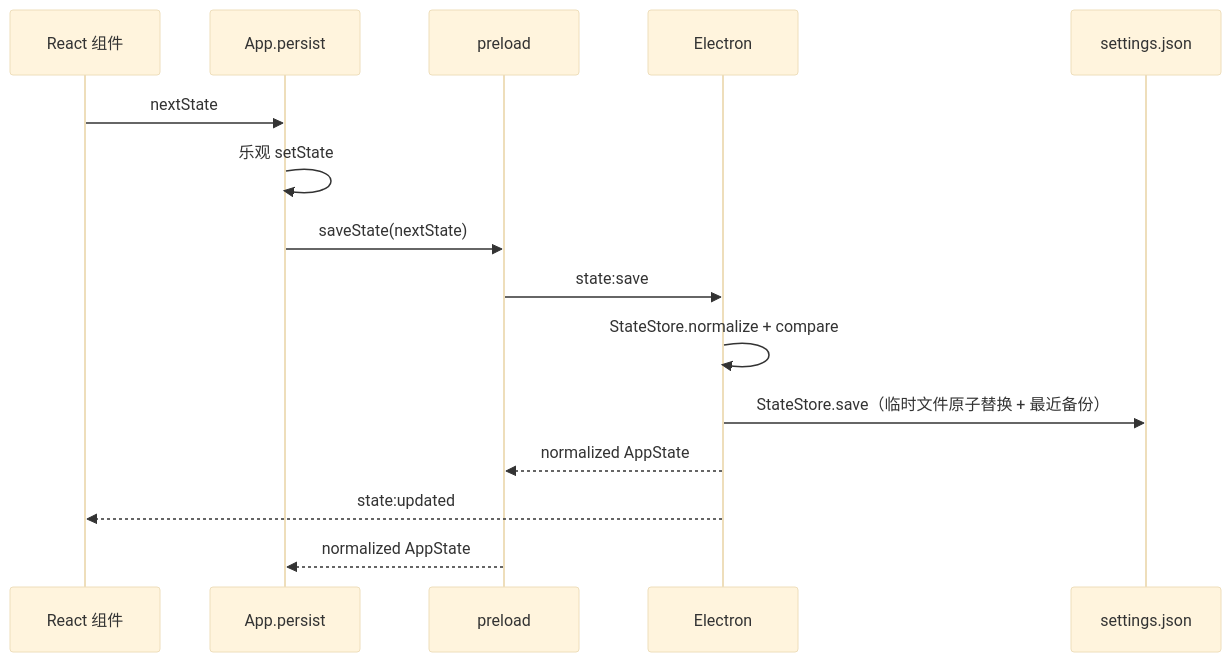
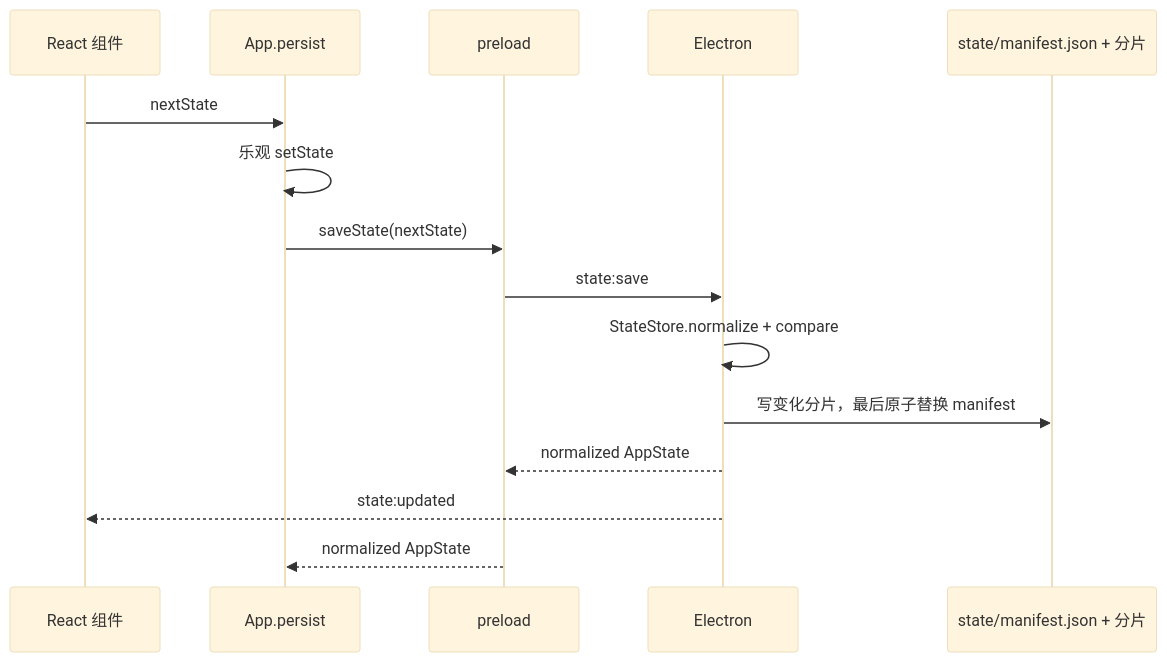
One commit to SingleOne/JianZhang changed the diagram in docs/wiki/05-state-storage-and-ipc.md. Above: the diagram before and after it, drawn with Mermaid (base theme). The commit also changed other lines of this file and 1 other file, not shown here.

````diff
--- a/docs/wiki/05-state-storage-and-ipc.md
+++ b/docs/wiki/05-state-storage-and-ipc.md
@@ -293,18 +303,18 @@
 ```mermaid
 sequenceDiagram
     participant C as React 组件
     participant A as App.persist
     participant P as preload
     participant E as Electron
-    participant F as settings.json
+    participant F as state/manifest.json + 分片
 
     C->>A: nextState
     A->>A: 乐观 setState
     A->>P: saveState(nextState)
     P->>E: state:save
     E->>E: StateStore.normalize + compare
-    E->>F: StateStore.save（临时文件原子替换 + 最近备份）
+    E->>F: 写变化分片，最后原子替换 manifest
     E-->>P: normalized AppState
     E-->>C: state:updated
     P-->>A: normalized AppState
 ```
````
